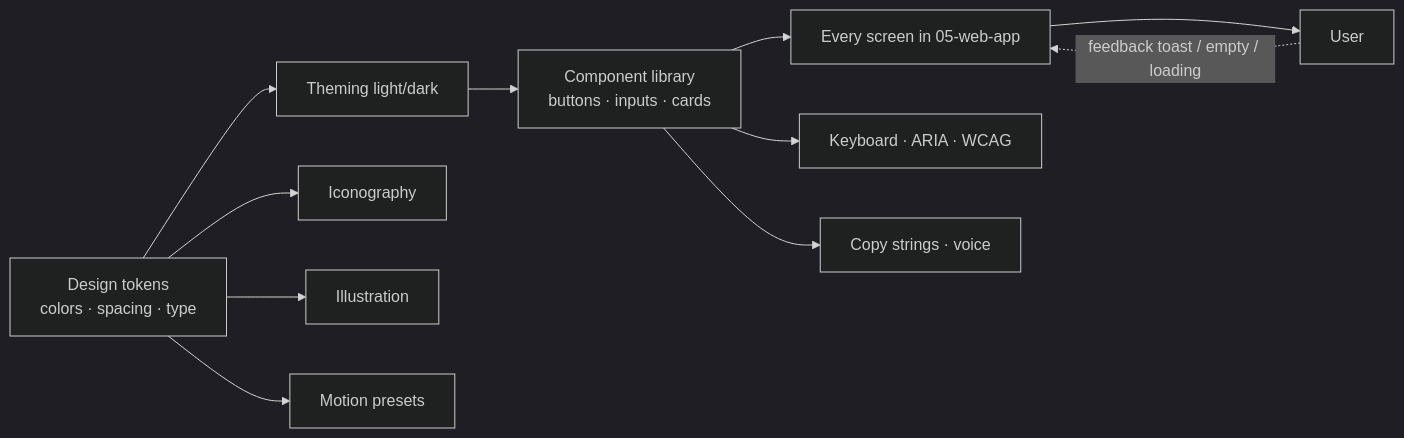
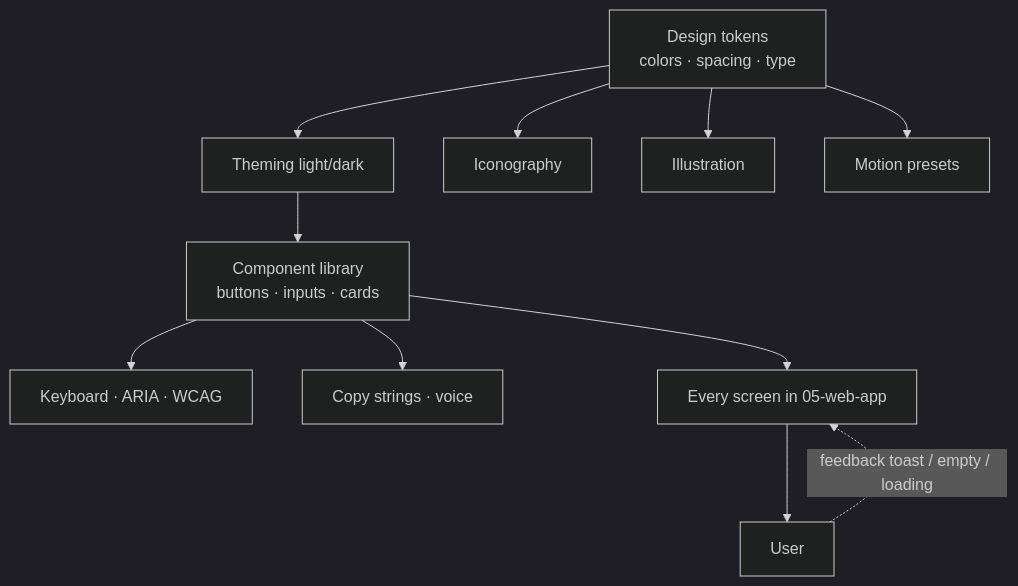
The diagram in spec/21-app/06-ui-ux/flow-diagram.mmd (alimtvnetwork/letsmarknow-v2), drawn with Mermaid (dark theme) before and after one commit. The commit also changed 4 other files, not shown here.

```diff
--- a/spec/21-app/06-ui-ux/flow-diagram.mmd
+++ b/spec/21-app/06-ui-ux/flow-diagram.mmd
@@ -1,12 +1,11 @@
-flowchart LR
+flowchart TD
     DT[Design tokens<br/>colors · spacing · type] --> THM[Theming light/dark]
-    THM --> COMP[Component library<br/>buttons · inputs · cards]
-    COMP --> SCR[Every screen in 05-web-app]
-    SCR --> USR[User]
-
     DT --> ICN[Iconography]
     DT --> ILL[Illustration]
     DT --> MOT[Motion presets]
+    THM --> COMP[Component library<br/>buttons · inputs · cards]
     COMP --> A11Y[Keyboard · ARIA · WCAG]
     COMP --> COPY[Copy strings · voice]
+    COMP --> SCR[Every screen in 05-web-app]
+    SCR --> USR[User]
     USR -. feedback toast / empty / loading .-> SCR
```
